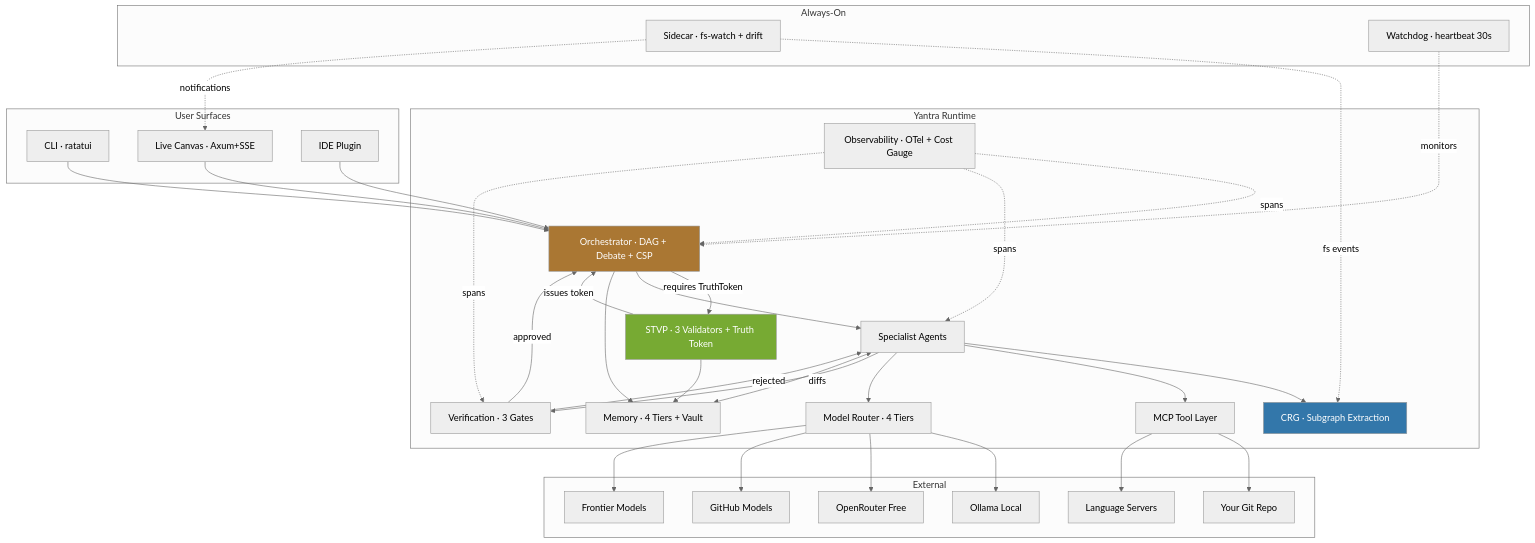
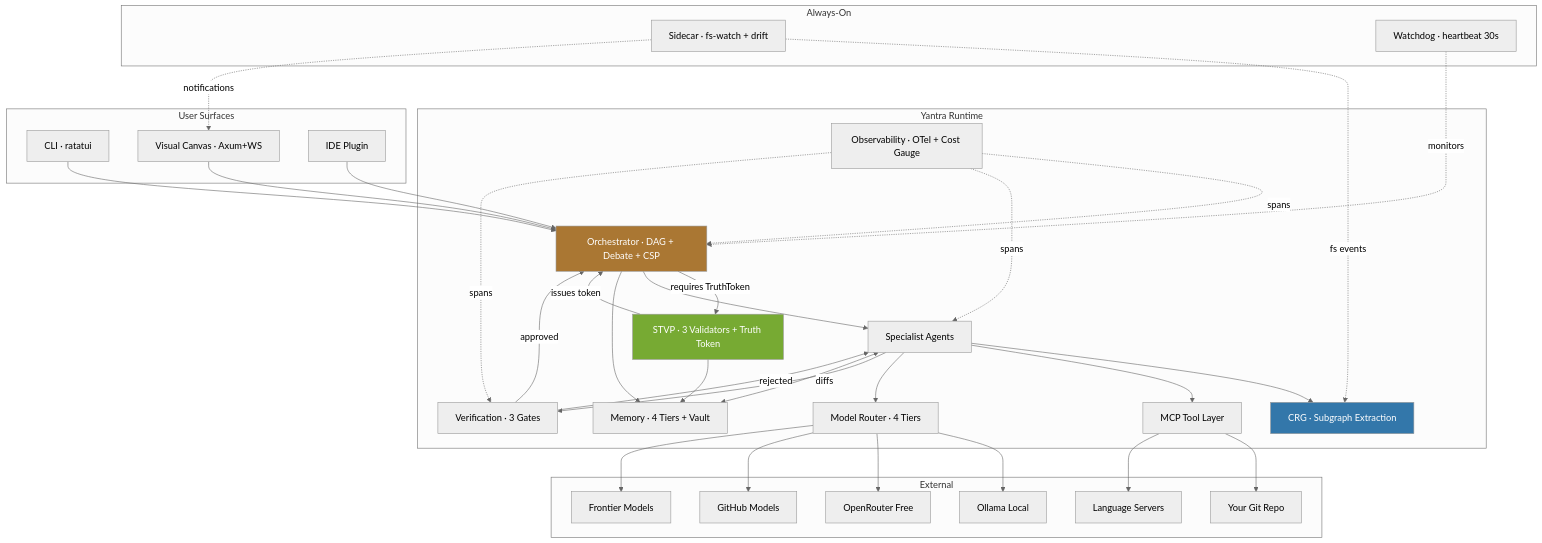
One commit to YashManek1/Yantra changed the first of 7 diagrams in README.md. Above: the diagram before and after it, drawn with Mermaid (neutral theme). The commit also changed other lines of this file and 112 other files, not shown here.

Commit message:
feat: initialize project architecture with modular crates, command-line interface, canvas system, and security-focused testing infrastructure

````diff
--- a/README.md
+++ b/README.md
@@ -52,73 +74,73 @@
 ```mermaid
 graph TB
     subgraph "User Surfaces"
         CLI[CLI · ratatui]
-        WEB[Live Canvas · Axum+SSE]
+        WEB[Visual Canvas · Axum+WS]
         IDE[IDE Plugin]
     end
 
     subgraph "Yantra Runtime"
         ORCH[Orchestrator · DAG + Debate + CSP]
         STVP[STVP · 3 Validators + Truth Token]
         CRG[CRG · Subgraph Extraction]
         AGENTS[Specialist Agents]
         VERIFY[Verification · 3 Gates]
         MEMORY[Memory · 4 Tiers + Vault]
         ROUTER[Model Router · 4 Tiers]
         TOOLS[MCP Tool Layer]
         OBS[Observability · OTel + Cost Gauge]
     end
 
     subgraph "External"
         OLLAMA[Ollama Local]
         OR[OpenRouter Free]
         GH[GitHub Models]
         FRONTIER[Frontier Models]
         REPO[Your Git Repo]
         LSP[Language Servers]
     end
 
     subgraph "Always-On"
         SIDECAR[Sidecar · fs-watch + drift]
         WATCHDOG[Watchdog · heartbeat 30s]
     end
 
     CLI --> ORCH
     WEB --> ORCH
     IDE --> ORCH
 
     ORCH -- "requires TruthToken" --> STVP
     STVP -- "issues token" --> ORCH
     ORCH --> AGENTS
     AGENTS --> CRG
     AGENTS --> TOOLS
     AGENTS --> ROUTER
 
     ROUTER --> OLLAMA
     ROUTER --> OR
     ROUTER --> GH
     ROUTER --> FRONTIER
 
     TOOLS --> REPO
     TOOLS --> LSP
 
     AGENTS -- "diffs" --> VERIFY
     VERIFY -- "approved" --> ORCH
     VERIFY -- "rejected" --> AGENTS
 
     AGENTS <--> MEMORY
     STVP --> MEMORY
     ORCH --> MEMORY
 
     OBS -.->|spans| ORCH
     OBS -.->|spans| AGENTS
     OBS -.->|spans| VERIFY
 
     SIDECAR -.->|fs events| CRG
     SIDECAR -.->|notifications| WEB
     WATCHDOG -.->|monitors| ORCH
 
     style STVP fill:#7a3,color:#fff
     style CRG fill:#37a,color:#fff
     style ORCH fill:#a73,color:#fff
 ```
````
